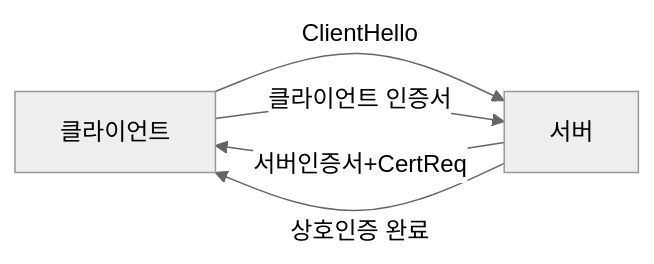
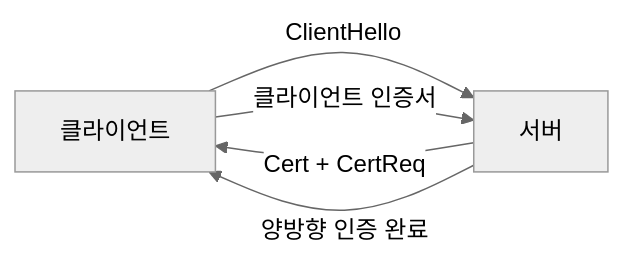
One commit to yjkim2015/yjkim2015.github.io changed the seventh of 10 diagrams in _posts/network/2026-05-03-https-tls.md. Above: the diagram before and after it, drawn with Mermaid (neutral theme). The commit also changed other lines of this file and 4 other files, not shown here.

````diff
--- a/_posts/network/2026-05-03-https-tls.md
+++ b/_posts/network/2026-05-03-https-tls.md
@@ -163,7 +612,7 @@
 ```mermaid
 graph LR
     C["클라이언트"] -->|"ClientHello"| S["서버"]
-    S -->|"서버인증서+CertReq"| C
+    S -->|"Cert + CertReq"| C
     C -->|"클라이언트 인증서"| S
-    S -->|"상호인증 완료"| C
+    S -->|"양방향 인증 완료"| C
 ```
````
